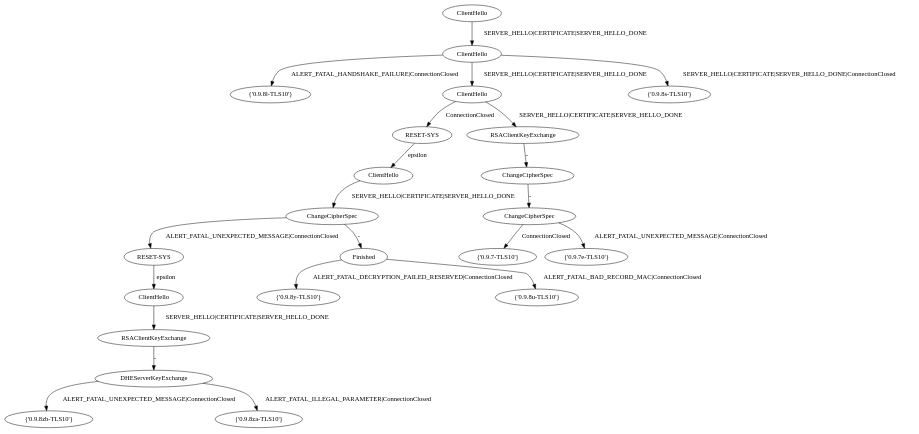
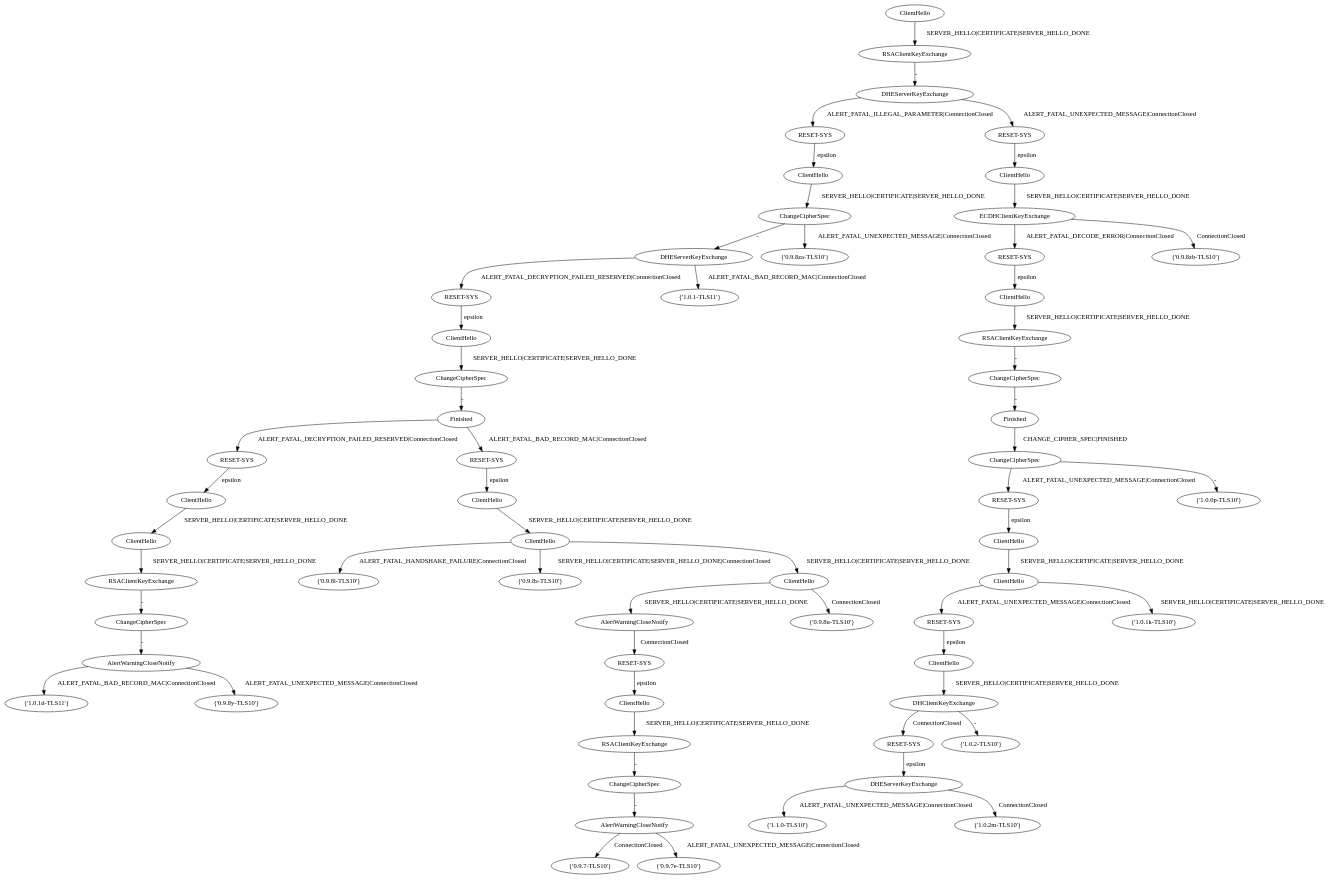
Before and after one commit to GianniM123/FFSM_fingerprint: the diagram in family-fingerprinter/CDS.dot, drawn with Graphviz. The commit also changed 2 other files, not shown here.

```diff
--- a/family-fingerprinter/CDS.dot
+++ b/family-fingerprinter/CDS.dot
@@ -1,67 +1,178 @@
 digraph "" {
 	node [label="\N"];
 	a0	[label=ClientHello];
-	a2	[label=ClientHello];
-	a0 -> a2	[key=0,
+	a3	[label=RSAClientKeyExchange];
+	a0 -> a3	[key=0,
 		label="SERVER_HELLO|CERTIFICATE|SERVER_HELLO_DONE"];
-	a5	[label="{'0.9.8l-TLS10'}"];
-	a2 -> a5	[key=0,
+	a2	[label="{'1.1.0-TLS10'}"];
+	a16	[label=DHEServerKeyExchange];
+	a3 -> a16	[key=0,
+		label="-"];
+	a8	[label="{'0.9.8l-TLS10'}"];
+	a10	[label="{'0.9.8s-TLS10'}"];
+	a6	[label=DHEServerKeyExchange];
+	a18	[label="RESET-SYS"];
+	a6 -> a18	[key=5,
+		label="ALERT_FATAL_DECRYPTION_FAILED_RESERVED|ConnectionClosed"];
+	a19	[label="{'1.0.1-TLS11'}"];
+	a6 -> a19	[key=5,
+		label="ALERT_FATAL_BAD_RECORD_MAC|ConnectionClosed"];
+	a47	[label=ClientHello];
+	a18 -> a47	[key=0,
+		label=epsilon];
+	a44	[label="{'1.0.2m-TLS10'}"];
+	a11	[label="RESET-SYS"];
+	a32	[label=ClientHello];
+	a11 -> a32	[key=0,
+		label=epsilon];
+	a66	[label=DHClientKeyExchange];
+	a32 -> a66	[key=0,
+		label="SERVER_HELLO|CERTIFICATE|SERVER_HELLO_DONE"];
+	a13	[label="RESET-SYS"];
+	a37	[label=DHEServerKeyExchange];
+	a13 -> a37	[key=0,
+		label=epsilon];
+	a37 -> a2	[key=4,
+		label="ALERT_FATAL_UNEXPECTED_MESSAGE|ConnectionClosed"];
+	a37 -> a44	[key=4,
+		label=ConnectionClosed];
+	a15	[label="RESET-SYS"];
+	a39	[label=ClientHello];
+	a15 -> a39	[key=0,
+		label=epsilon];
+	a72	[label=RSAClientKeyExchange];
+	a39 -> a72	[key=0,
+		label="SERVER_HELLO|CERTIFICATE|SERVER_HELLO_DONE"];
+	a35	[label="RESET-SYS"];
+	a16 -> a35	[key=0,
+		label="ALERT_FATAL_ILLEGAL_PARAMETER|ConnectionClosed"];
+	a41	[label="RESET-SYS"];
+	a16 -> a41	[key=0,
+		label="ALERT_FATAL_UNEXPECTED_MESSAGE|ConnectionClosed"];
+	a74	[label="{'0.9.7-TLS10'}"];
+	a75	[label="{'1.0.1d-TLS11'}"];
+	a66 -> a13	[key=0,
+		label=ConnectionClosed];
+	a107	[label="{'1.0.2-TLS10'}"];
+	a66 -> a107	[key=0,
+		label="-"];
+	a122	[label="RESET-SYS"];
+	a197	[label=ClientHello];
+	a122 -> a197	[key=0,
+		label=epsilon];
+	a68	[label=ClientHello];
+	a35 -> a68	[key=0,
+		label=epsilon];
+	a79	[label=ClientHello];
+	a41 -> a79	[key=0,
+		label=epsilon];
+	a128	[label=ECDHClientKeyExchange];
+	a79 -> a128	[key=0,
+		label="SERVER_HELLO|CERTIFICATE|SERVER_HELLO_DONE"];
+	a85	[label=ChangeCipherSpec];
+	a47 -> a85	[key=0,
+		label="SERVER_HELLO|CERTIFICATE|SERVER_HELLO_DONE"];
+	a137	[label=Finished];
+	a85 -> a137	[key=0,
+		label="-"];
+	a21	[label="RESET-SYS"];
+	a49	[label=ClientHello];
+	a21 -> a49	[key=0,
+		label=epsilon];
+	a153	[label="{'0.9.8za-TLS10'}"];
+	a27	[label=AlertWarningCloseNotify];
+	a56	[label="RESET-SYS"];
+	a27 -> a56	[key=0,
+		label=ConnectionClosed];
+	a166	[label="{'0.9.7e-TLS10'}"];
+	a110	[label=ChangeCipherSpec];
+	a68 -> a110	[key=0,
+		label="SERVER_HELLO|CERTIFICATE|SERVER_HELLO_DONE"];
+	a110 -> a6	[key=0,
+		label="-"];
+	a110 -> a153	[key=0,
+		label="ALERT_FATAL_UNEXPECTED_MESSAGE|ConnectionClosed"];
+	a185	[label="{'0.9.8zb-TLS10'}"];
+	a128 -> a15	[key=0,
+		label="ALERT_FATAL_DECODE_ERROR|ConnectionClosed"];
+	a128 -> a185	[key=0,
+		label=ConnectionClosed];
+	a214	[label="RESET-SYS"];
+	a302	[label=ClientHello];
+	a214 -> a302	[key=0,
+		label=epsilon];
+	a282	[label=ClientHello];
+	a197 -> a282	[key=0,
+		label="SERVER_HELLO|CERTIFICATE|SERVER_HELLO_DONE"];
+	a87	[label=ClientHello];
+	a49 -> a87	[key=0,
+		label="SERVER_HELLO|CERTIFICATE|SERVER_HELLO_DONE"];
+	a146	[label=RSAClientKeyExchange];
+	a87 -> a146	[key=0,
+		label="SERVER_HELLO|CERTIFICATE|SERVER_HELLO_DONE"];
+	a317	[label="{'0.9.8y-TLS10'}"];
+	a118	[label=ChangeCipherSpec];
+	a72 -> a118	[key=0,
+		label="-"];
+	a193	[label=Finished];
+	a118 -> a193	[key=0,
+		label="-"];
+	a272	[label=ChangeCipherSpec];
+	a193 -> a272	[key=0,
+		label="CHANGE_CIPHER_SPEC|FINISHED"];
+	a272 -> a122	[key=0,
+		label="ALERT_FATAL_UNEXPECTED_MESSAGE|ConnectionClosed"];
+	a374	[label="{'1.0.0p-TLS10'}"];
+	a272 -> a374	[key=0,
+		label="-"];
+	a282 -> a11	[key=0,
+		label="ALERT_FATAL_UNEXPECTED_MESSAGE|ConnectionClosed"];
+	a384	[label="{'1.0.1k-TLS10'}"];
+	a282 -> a384	[key=0,
+		label="SERVER_HELLO|CERTIFICATE|SERVER_HELLO_DONE"];
+	a227	[label=ChangeCipherSpec];
+	a146 -> a227	[key=0,
+		label="-"];
+	a316	[label=AlertWarningCloseNotify];
+	a227 -> a316	[key=0,
+		label="-"];
+	a316 -> a75	[key=0,
+		label="ALERT_FATAL_BAD_RECORD_MAC|ConnectionClosed"];
+	a316 -> a317	[key=0,
+		label="ALERT_FATAL_UNEXPECTED_MESSAGE|ConnectionClosed"];
+	a97	[label=ClientHello];
+	a56 -> a97	[key=0,
+		label=epsilon];
+	a165	[label=RSAClientKeyExchange];
+	a97 -> a165	[key=0,
+		label="SERVER_HELLO|CERTIFICATE|SERVER_HELLO_DONE"];
+	a244	[label=ChangeCipherSpec];
+	a165 -> a244	[key=0,
+		label="-"];
+	a334	[label=AlertWarningCloseNotify];
+	a244 -> a334	[key=0,
+		label="-"];
+	a334 -> a74	[key=0,
+		label=ConnectionClosed];
+	a334 -> a166	[key=0,
+		label="ALERT_FATAL_UNEXPECTED_MESSAGE|ConnectionClosed"];
+	a137 -> a21	[key=0,
+		label="ALERT_FATAL_DECRYPTION_FAILED_RESERVED|ConnectionClosed"];
+	a137 -> a214	[key=0,
+		label="ALERT_FATAL_BAD_RECORD_MAC|ConnectionClosed"];
+	a409	[label=ClientHello];
+	a302 -> a409	[key=0,
+		label="SERVER_HELLO|CERTIFICATE|SERVER_HELLO_DONE"];
+	a409 -> a8	[key=0,
 		label="ALERT_FATAL_HANDSHAKE_FAILURE|ConnectionClosed"];
-	a6	[label=ClientHello];
-	a2 -> a6	[key=0,
+	a409 -> a10	[key=0,
+		label="SERVER_HELLO|CERTIFICATE|SERVER_HELLO_DONE|ConnectionClosed"];
+	a521	[label=ClientHello];
+	a409 -> a521	[key=0,
 		label="SERVER_HELLO|CERTIFICATE|SERVER_HELLO_DONE"];
-	a7	[label="{'0.9.8s-TLS10'}"];
-	a2 -> a7	[key=0,
-		label="SERVER_HELLO|CERTIFICATE|SERVER_HELLO_DONE|ConnectionClosed"];
-	a16	[label="RESET-SYS"];
-	a6 -> a16	[key=0,
+	a521 -> a27	[key=0,
+		label="SERVER_HELLO|CERTIFICATE|SERVER_HELLO_DONE"];
+	a634	[label="{'0.9.8u-TLS10'}"];
+	a521 -> a634	[key=0,
 		label=ConnectionClosed];
-	a17	[label=RSAClientKeyExchange];
-	a6 -> a17	[key=0,
-		label="SERVER_HELLO|CERTIFICATE|SERVER_HELLO_DONE"];
-	a4	[label="RESET-SYS"];
-	a13	[label=ClientHello];
-	a4 -> a13	[key=0,
-		label=epsilon];
-	a12	[label="{'0.9.8y-TLS10'}"];
-	a22	[label="{'0.9.8zb-TLS10'}"];
-	a40	[label="{'0.9.7-TLS10'}"];
-	a26	[label=RSAClientKeyExchange];
-	a13 -> a26	[key=0,
-		label="SERVER_HELLO|CERTIFICATE|SERVER_HELLO_DONE"];
-	a46	[label=DHEServerKeyExchange];
-	a26 -> a46	[key=0,
-		label="-"];
-	a70	[label="{'0.9.8za-TLS10'}"];
-	a46 -> a22	[key=0,
-		label="ALERT_FATAL_UNEXPECTED_MESSAGE|ConnectionClosed"];
-	a46 -> a70	[key=0,
-		label="ALERT_FATAL_ILLEGAL_PARAMETER|ConnectionClosed"];
-	a30	[label=ClientHello];
-	a16 -> a30	[key=0,
-		label=epsilon];
-	a34	[label=ChangeCipherSpec];
-	a17 -> a34	[key=0,
-		label="-"];
-	a53	[label=ChangeCipherSpec];
-	a34 -> a53	[key=0,
-		label="-"];
-	a53 -> a40	[key=2,
-		label=ConnectionClosed];
-	a80	[label="{'0.9.7e-TLS10'}"];
-	a53 -> a80	[key=2,
-		label="ALERT_FATAL_UNEXPECTED_MESSAGE|ConnectionClosed"];
-	a95	[label="{'0.9.8u-TLS10'}"];
-	a50	[label=ChangeCipherSpec];
-	a30 -> a50	[key=0,
-		label="SERVER_HELLO|CERTIFICATE|SERVER_HELLO_DONE"];
-	a50 -> a4	[key=0,
-		label="ALERT_FATAL_UNEXPECTED_MESSAGE|ConnectionClosed"];
-	a75	[label=Finished];
-	a50 -> a75	[key=0,
-		label="-"];
-	a75 -> a12	[key=0,
-		label="ALERT_FATAL_DECRYPTION_FAILED_RESERVED|ConnectionClosed"];
-	a75 -> a95	[key=0,
-		label="ALERT_FATAL_BAD_RECORD_MAC|ConnectionClosed"];
 }
```
